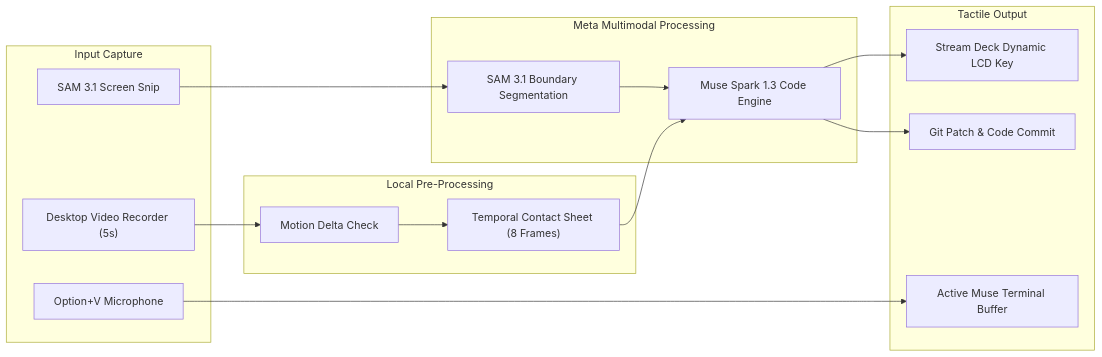
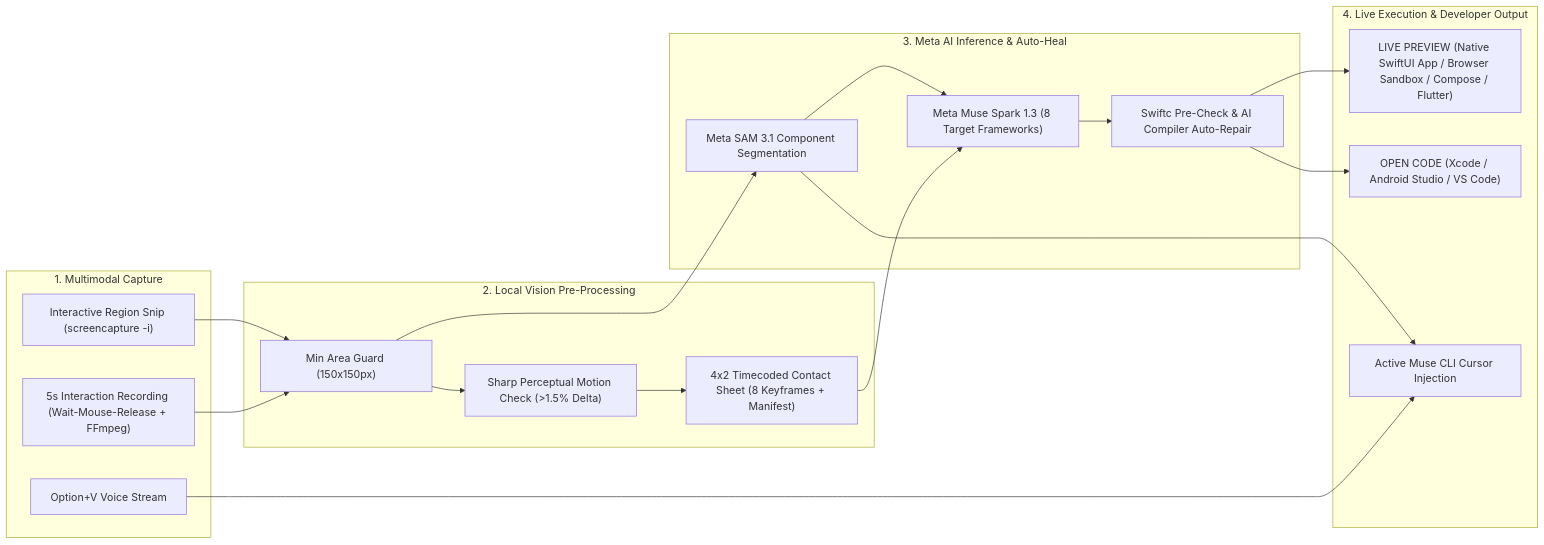
Before and after one commit to memetcircus/musedeck: the second of 3 diagrams in README.md, drawn with Mermaid. The commit also changed other lines of this file, not shown here.

Commit message:
docs(readme): update Mermaid architecture and multimodal pipeline diagrams

````diff
--- a/README.md
+++ b/README.md
@@ -267,28 +272,33 @@
 ```mermaid
 flowchart LR
-    subgraph Ingestion["Input Capture"]
-        Snip["SAM 3.1 Screen Snip"]
-        Video["Desktop Video Recorder (5s)"]
-        Voice["Option+V Microphone"]
+    subgraph Ingestion["1. Multimodal Capture"]
+        Snip["Interactive Region Snip (screencapture -i)"]
+        Video["5s Interaction Recording (Wait-Mouse-Release + FFmpeg)"]
+        Voice["Option+V Voice Stream"]
     end
 
-    subgraph Processing["Local Pre-Processing"]
-        Motion["Motion Delta Check"]
-        Filmstrip["Temporal Contact Sheet (8 Frames)"]
+    subgraph Processing["2. Local Vision Pre-Processing"]
+        SizeCheck["Min Area Guard (150x150px)"]
+        Motion["Sharp Perceptual Motion Check (>1.5% Delta)"]
+        Filmstrip["4x2 Timecoded Contact Sheet (8 Keyframes + Manifest)"]
     end
 
-    subgraph MetaProcessing["Meta Multimodal Processing"]
-        SAM_Proc["SAM 3.1 Boundary Segmentation"]
-        Spark_Proc["Muse Spark 1.3 Code Engine"]
+    subgraph MetaProcessing["3. Meta AI Inference & Auto-Heal"]
+        SAM_Proc["Meta SAM 3.1 Component Segmentation"]
+        Spark_Proc["Meta Muse Spark 1.3 (8 Target Frameworks)"]
+        Heal["Swiftc Pre-Check & AI Compiler Auto-Repair"]
     end
 
-    subgraph Synthesis["Tactile Output"]
-        Deck["Stream Deck Dynamic LCD Key"]
-        Term["Active Muse Terminal Buffer"]
-        Patch["Git Patch & Code Commit"]
+    subgraph Synthesis["4. Live Execution & Developer Output"]
+        Preview["LIVE PREVIEW (Native SwiftUI App / Browser Sandbox / Compose / Flutter)"]
+        IDE["OPEN CODE (Xcode / Android Studio / VS Code)"]
+        Term["Active Muse CLI Cursor Injection"]
     end
 
-    Snip --> SAM_Proc --> Spark_Proc --> Deck
-    Video --> Motion --> Filmstrip --> Spark_Proc --> Patch
+    Snip --> SizeCheck --> SAM_Proc --> Spark_Proc
+    Video --> SizeCheck --> Motion --> Filmstrip --> Spark_Proc
+    SAM_Proc --> Term
+    Spark_Proc --> Heal --> Preview
+    Heal --> IDE
     Voice --> Term
 ```
````
